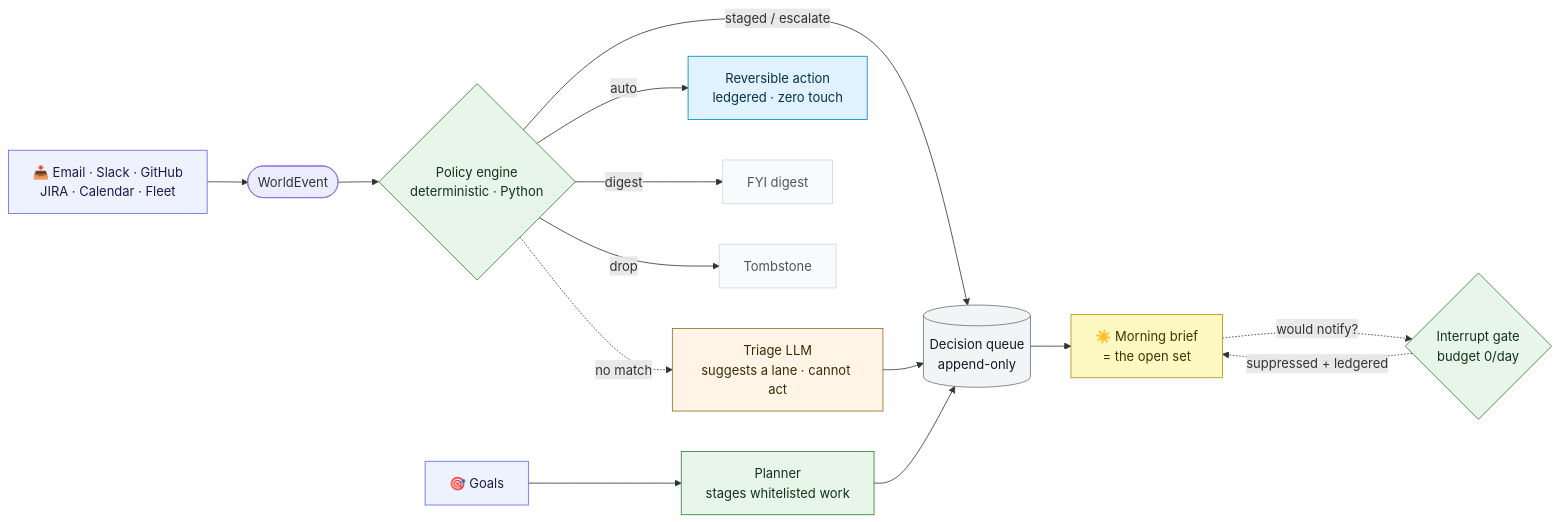
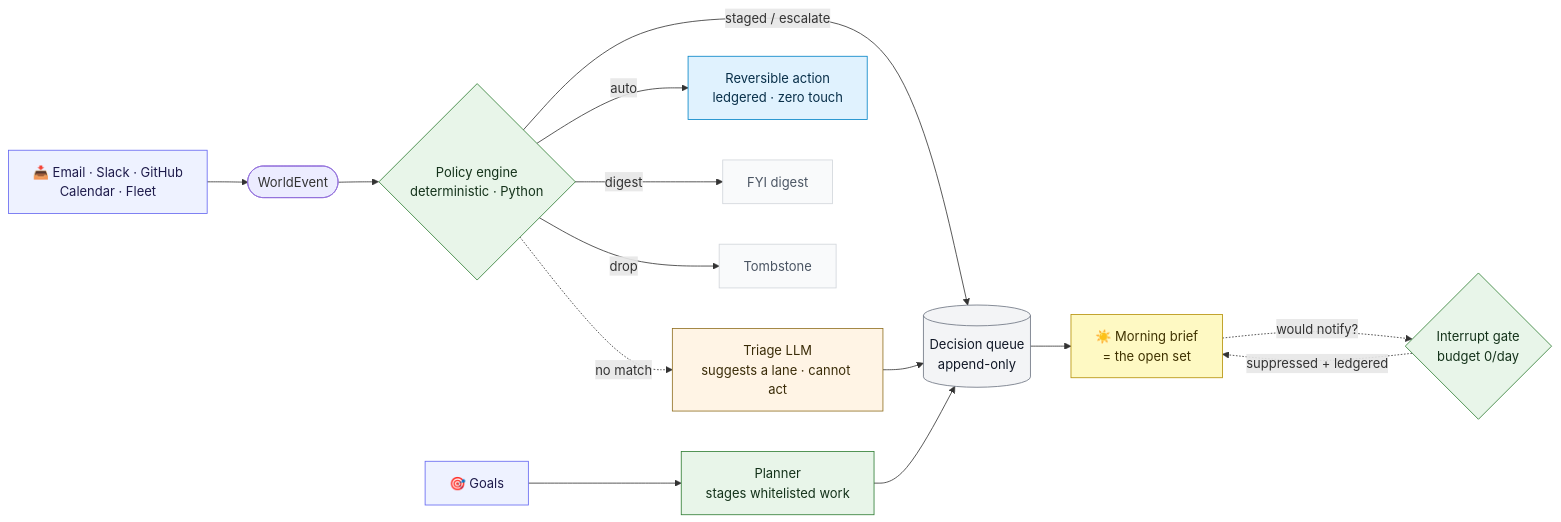
One commit to elitecoder/assistant changed the diagram in README.md. Above: the diagram before and after it, drawn with Mermaid. The commit also changed other lines of this file, not shown here.

First line of the commit message:
docs(readme): remove JIRA (assigned tickets should not set the day's agenda)

````diff
--- a/README.md
+++ b/README.md
@@ -53,23 +53,23 @@
 ```mermaid
 flowchart LR
-  S["📥 Email · Slack · GitHub<br/>JIRA · Calendar · Fleet"]:::src --> E([WorldEvent])
+  S["📥 Email · Slack · GitHub<br/>Calendar · Fleet"]:::src --> E([WorldEvent])
   G["🎯 Goals"]:::src --> PL["Planner<br/>stages whitelisted work"]:::py
   E --> P{"Policy engine<br/>deterministic · Python"}:::py
   P -- auto --> AU["Reversible action<br/>ledgered · zero touch"]:::act
   P -- "staged / escalate" --> Q[("Decision queue<br/>append-only")]:::store
   P -- digest --> DG["FYI digest"]:::soft
   P -- drop --> TB["Tombstone"]:::soft
   P -. "no match" .-> TR["Triage LLM<br/>suggests a lane · cannot act"]:::llm
   TR --> Q
   PL --> Q
   Q --> B["☀️ Morning brief<br/>= the open set"]:::brief
   B -. "would notify?" .-> IG{"Interrupt gate<br/>budget 0/day"}:::py
   IG -. "suppressed + ledgered" .-> B
   classDef src fill:#eef2ff,stroke:#6366f1,color:#1e1b4b;
   classDef py fill:#e8f5e9,stroke:#2e7d32,color:#14321a;
   classDef llm fill:#fff4e5,stroke:#8f6e1f,color:#3a2c08;
   classDef store fill:#f3f4f6,stroke:#6b7280,color:#111827;
   classDef brief fill:#fef9c3,stroke:#b59005,color:#3f3200;
   classDef act fill:#e0f2fe,stroke:#0284c7,color:#082f49;
   classDef soft fill:#f9fafb,stroke:#d1d5db,color:#4b5563;
 ```
````
